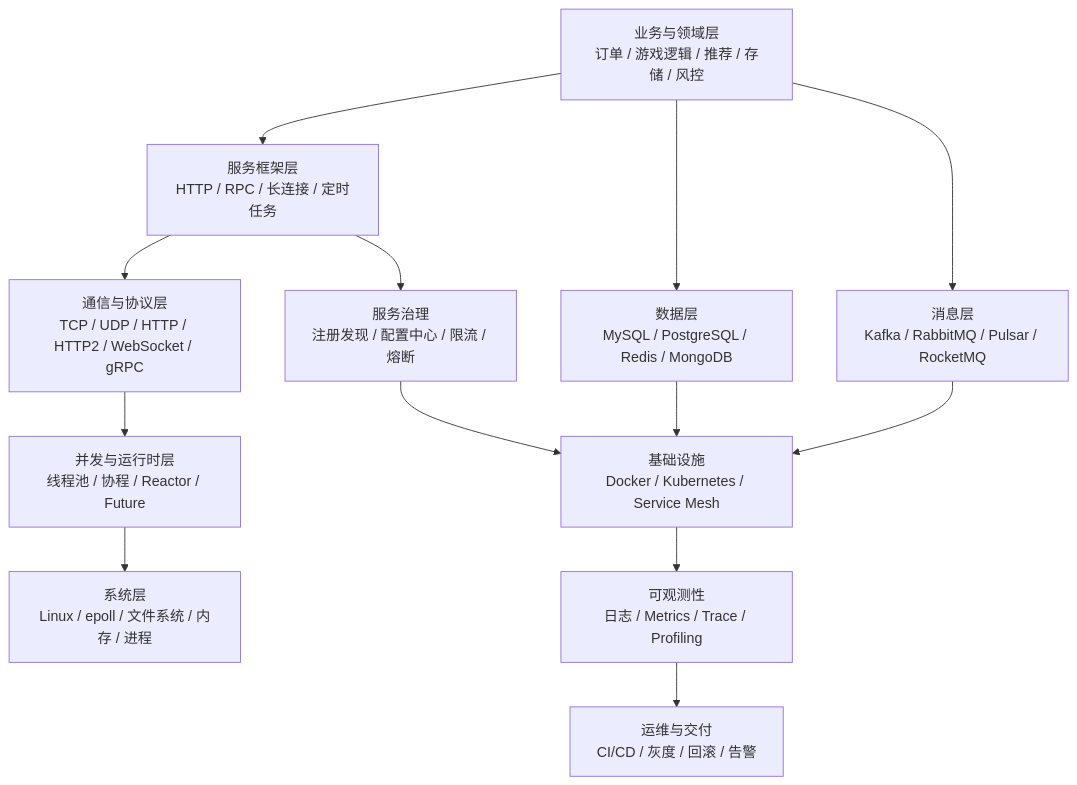
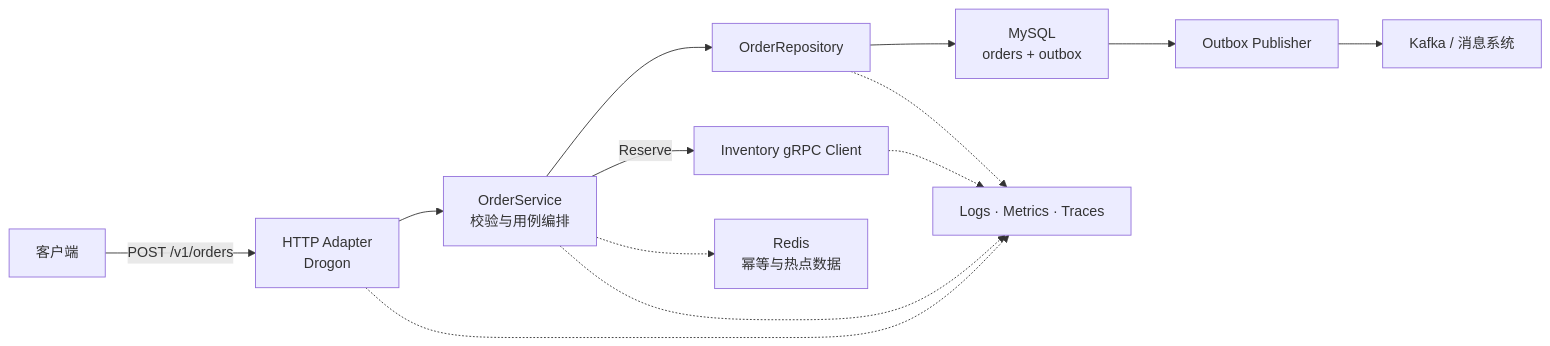
Before and after one commit to Fizgrad/fizgrad.github.io: the first of 11 diagrams in blog/cpp_backend.md, drawn with Mermaid. The commit also changed other lines of this file and 1 other file, not shown here.

````diff
--- a/blog/cpp_backend.md
+++ b/blog/cpp_backend.md
@@ -5,18 +7,15 @@
 ```mermaid
-flowchart TB
-    A["业务与领域层<br/>订单 / 游戏逻辑 / 推荐 / 存储 / 风控"] --> B["服务框架层<br/>HTTP / RPC / 长连接 / 定时任务"]
-    B --> C["通信与协议层<br/>TCP / UDP / HTTP / HTTP2 / WebSocket / gRPC"]
-    C --> D["并发与运行时层<br/>线程池 / 协程 / Reactor / Future"]
-    D --> E["系统层<br/>Linux / epoll / 文件系统 / 内存 / 进程"]
-
-    A --> F["数据层<br/>MySQL / PostgreSQL / Redis / MongoDB"]
-    A --> G["消息层<br/>Kafka / RabbitMQ / Pulsar / RocketMQ"]
-    B --> H["服务治理<br/>注册发现 / 配置中心 / 限流 / 熔断"]
-
-    H --> I["基础设施<br/>Docker / Kubernetes / Service Mesh"]
-    F --> I
-    G --> I
-
-    I --> J["可观测性<br/>日志 / Metrics / Trace / Profiling"]
-    J --> K["运维与交付<br/>CI/CD / 灰度 / 回滚 / 告警"]
+flowchart LR
+    CLIENT["客户端"] -->|"POST /v1/orders"| HTTP["HTTP Adapter<br/>Drogon"]
+    HTTP --> APP["OrderService<br/>校验与用例编排"]
+    APP -->|"Reserve"| GRPC["Inventory gRPC Client"]
+    APP --> REPO["OrderRepository"]
+    REPO --> DB["MySQL<br/>orders + outbox"]
+    DB --> PUB["Outbox Publisher"]
+    PUB --> MQ["Kafka / 消息系统"]
+    APP -.-> CACHE["Redis<br/>幂等与热点数据"]
+    HTTP -.-> OBS["Logs · Metrics · Traces"]
+    APP -.-> OBS
+    GRPC -.-> OBS
+    REPO -.-> OBS
 ```
````
